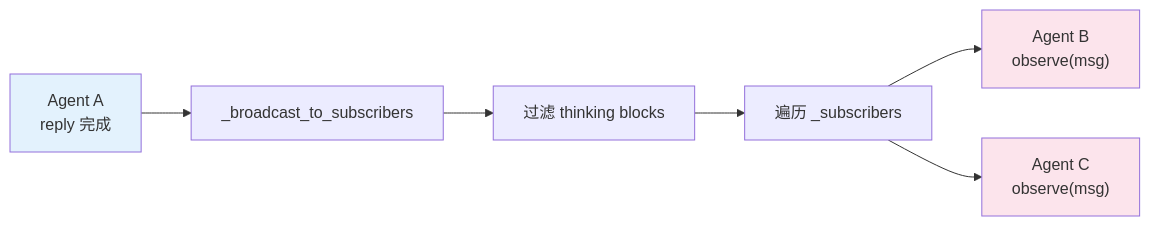
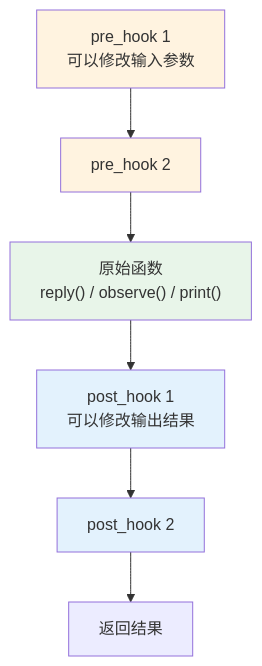
Before and after one commit to agentscope-ai/agentscope: the third of 3 diagrams in teaching/book/volume-1-journey/ch05-agent-receives.md, drawn with Mermaid. The commit also changed other lines of this file, not shown here.

First line of the commit message:
docs: write ch05 - Agent receives message (Station 2)

````diff
--- a/teaching/book/volume-1-journey/ch05-agent-receives.md
+++ b/teaching/book/volume-1-journey/ch05-agent-receives.md
@@ -378,12 +207,14 @@
 ```mermaid
-graph LR
-    A["Agent A<br/>reply 完成"] --> B["_broadcast_to_subscribers"]
-    B --> C["过滤 thinking blocks"]
-    C --> D["遍历 _subscribers"]
-    D --> E["Agent B<br/>observe(msg)"]
-    D --> F["Agent C<br/>observe(msg)"]
+graph TD
+    PreHook1["pre_hook 1<br/>可以修改输入参数"] --> PreHook2["pre_hook 2"]
+    PreHook2 --> Original["原始函数<br/>reply() / observe() / print()"]
+    Original --> PostHook1["post_hook 1<br/>可以修改输出结果"]
+    PostHook1 --> PostHook2["post_hook 2"]
+    PostHook2 --> Return["返回结果"]
 
-    style A fill:#e3f2fd
-    style E fill:#fce4ec
-    style F fill:#fce4ec
+    style Original fill:#e8f5e9
+    style PreHook1 fill:#fff3e0
+    style PreHook2 fill:#fff3e0
+    style PostHook1 fill:#e3f2fd
+    style PostHook2 fill:#e3f2fd
 ```
````
